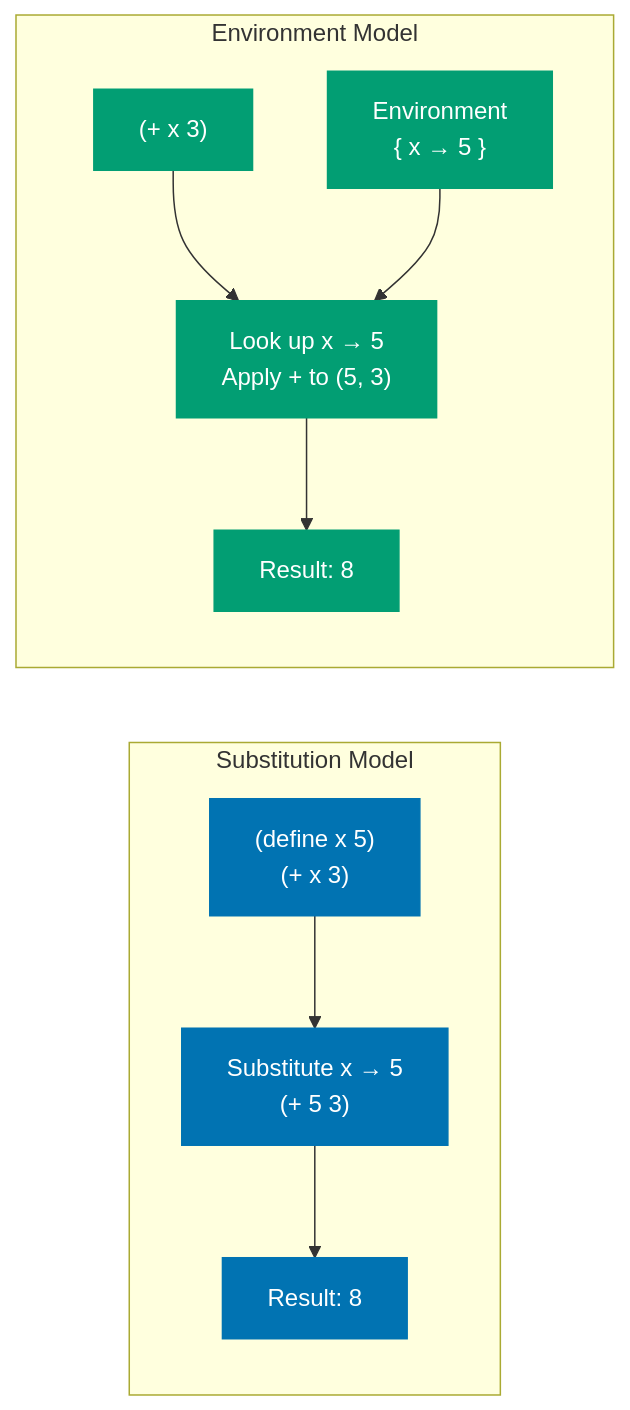
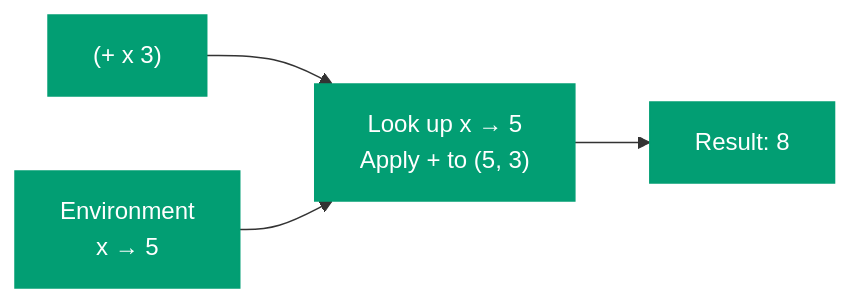
Before and after one commit to wahidyankf/open-sharia-enterprise: the second of 9 diagrams in apps/ayokoding-web/content/en/learn/software-engineering/compilers-and-interpreters/lisp-interpreter-in-fsharp/part-3-environments-and-evaluation.md, drawn with Mermaid. The commit also changed other lines of this file and 6 other files, not shown here.

First line of the commit message:
fix(ayokoding-web): fix mermaid parse errors and split comparison diagrams

````diff
--- a/apps/ayokoding-web/content/en/learn/software-engineering/compilers-and-interpreters/lisp-interpreter-in-fsharp/part-3-environments-and-evaluation.md
+++ b/apps/ayokoding-web/content/en/learn/software-engineering/compilers-and-interpreters/lisp-interpreter-in-fsharp/part-3-environments-and-evaluation.md
@@ -16,26 +29,14 @@
 ```mermaid
 %% Color palette: Blue #0173B2, Orange #DE8F05, Teal #029E73, Purple #CC78BC, Brown #CA9161, Gray #808080
 flowchart LR
-    subgraph Sub["Substitution Model"]
-        S1["(define x 5)\n(+ x 3)"]
-        S2["Substitute x → 5\n(+ 5 3)"]
-        S3["Result: 8"]
-        S1 --> S2 --> S3
-    end
+    E1["(+ x 3)"]
+    E2["Environment\nx → 5"]
+    E3["Look up x → 5\nApply + to (5, 3)"]
+    E4["Result: 8"]
+    E1 --> E3
+    E2 --> E3
+    E3 --> E4
 
-    subgraph Env["Environment Model"]
-        E1["(+ x 3)"]
-        E2["Environment\n{ x → 5 }"]
-        E3["Look up x → 5\nApply + to (5, 3)"]
-        E4["Result: 8"]
-        E1 --> E3
-        E2 --> E3
-        E3 --> E4
-    end
-
-    classDef blue fill:#0173B2,color:#fff,stroke:#0173B2
     classDef teal fill:#029E73,color:#fff,stroke:#029E73
-
-    class S1,S2,S3 blue
     class E1,E2,E3,E4 teal
 ```
````
